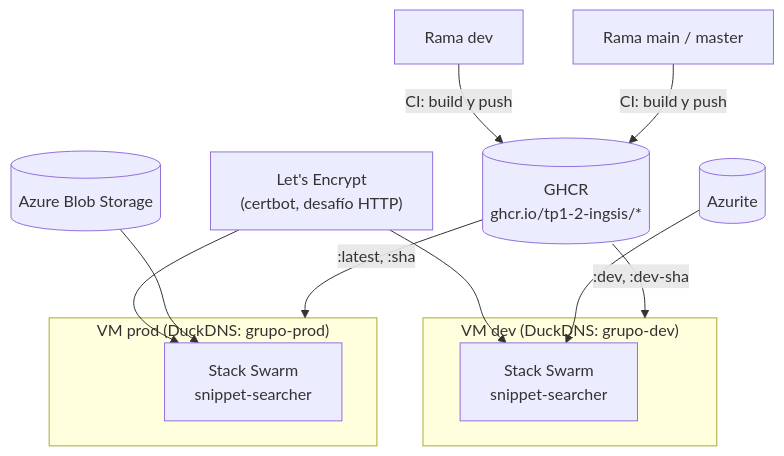
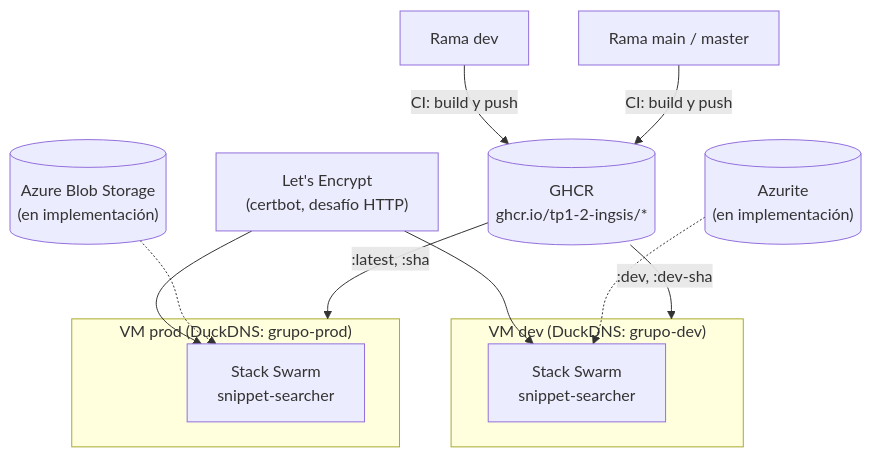
The second of 2 diagrams in docs/arquitectura.md (TP1-2-INGSIS/snippet-searcher-infra), drawn with Mermaid before and after one commit. The commit also changed other lines of this file and 3 other files, not shown here.

````diff
--- a/docs/arquitectura.md
+++ b/docs/arquitectura.md
@@ -67,20 +67,20 @@
 ```mermaid
 flowchart TB
     Dev["Rama dev"] -->|"CI: build y push"| GHCR[("GHCR<br/>ghcr.io/tp1-2-ingsis/*")]
     Main["Rama main / master"] -->|"CI: build y push"| GHCR
 
     GHCR -->|":dev, :dev-sha"| VMDev
     GHCR -->|":latest, :sha"| VMProd
 
     subgraph VMDev["VM dev (DuckDNS: grupo-dev)"]
         StackDev["Stack Swarm<br/>snippet-searcher"]
     end
     subgraph VMProd["VM prod (DuckDNS: grupo-prod)"]
         StackProd["Stack Swarm<br/>snippet-searcher"]
     end
 
     LE["Let's Encrypt<br/>(certbot, desafío HTTP)"] --> StackDev
     LE --> StackProd
-    Azure[("Azure Blob Storage")] --> StackProd
-    Azurite[("Azurite")] --> StackDev
+    Azure[("Azure Blob Storage<br/>(en implementación)")] -.-> StackProd
+    Azurite[("Azurite<br/>(en implementación)")] -.-> StackDev
 ```
````
